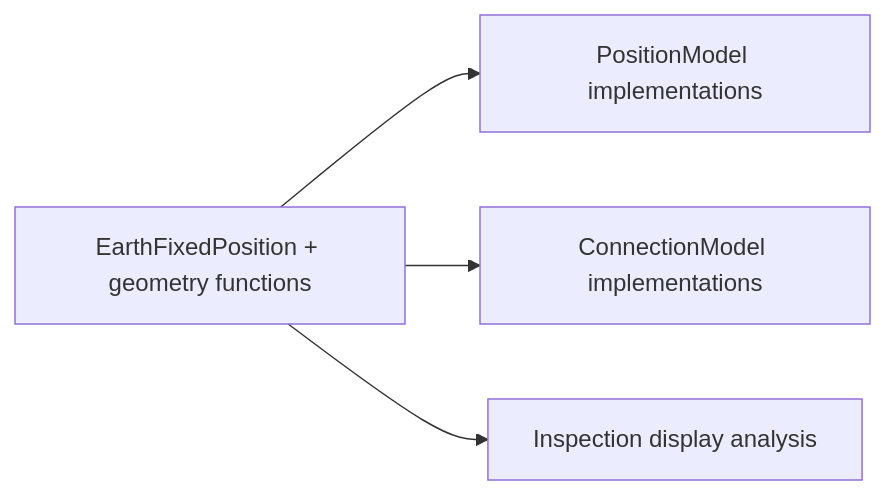
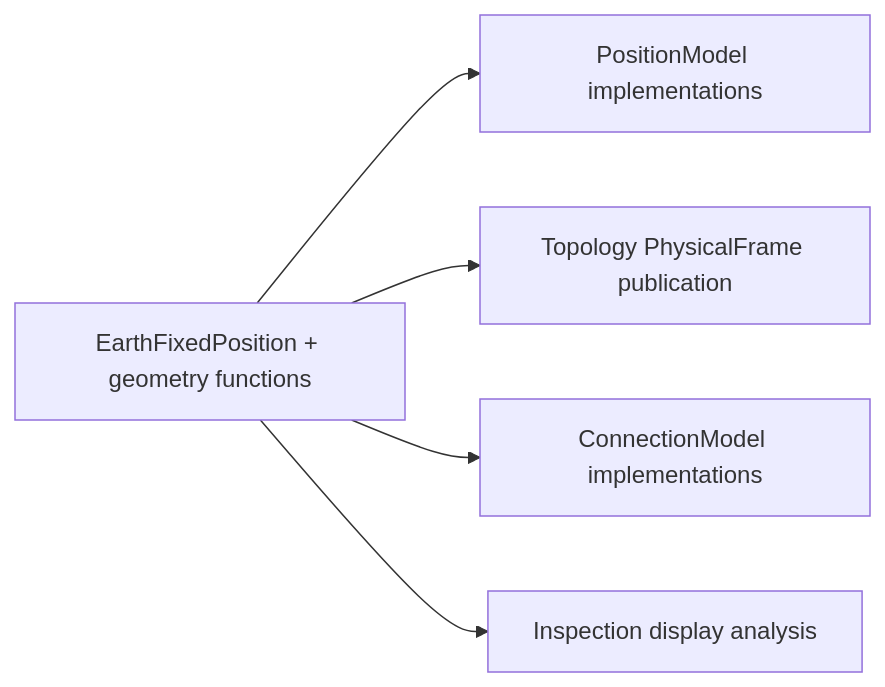
Before and after one commit to seed-labs/skyseed: the second of 3 diagrams in skyseed_v2/src/skyseed_v2/simulator/geometry/README.md, drawn with Mermaid. The commit also changed other lines of this file and 94 other files, not shown here.

Commit message:
feat: establish topology physical frame foundation

````diff
--- a/skyseed_v2/src/skyseed_v2/simulator/geometry/README.md
+++ b/skyseed_v2/src/skyseed_v2/simulator/geometry/README.md
@@ -23,6 +24,7 @@
 ```mermaid
 flowchart LR
     GEOMETRY["EarthFixedPosition + geometry functions"] --> POSITION["PositionModel implementations"]
+    GEOMETRY --> FRAME["Topology PhysicalFrame publication"]
     GEOMETRY --> CONNECTION["ConnectionModel implementations"]
     GEOMETRY --> DISPLAY["Inspection display analysis"]
 ```
````
